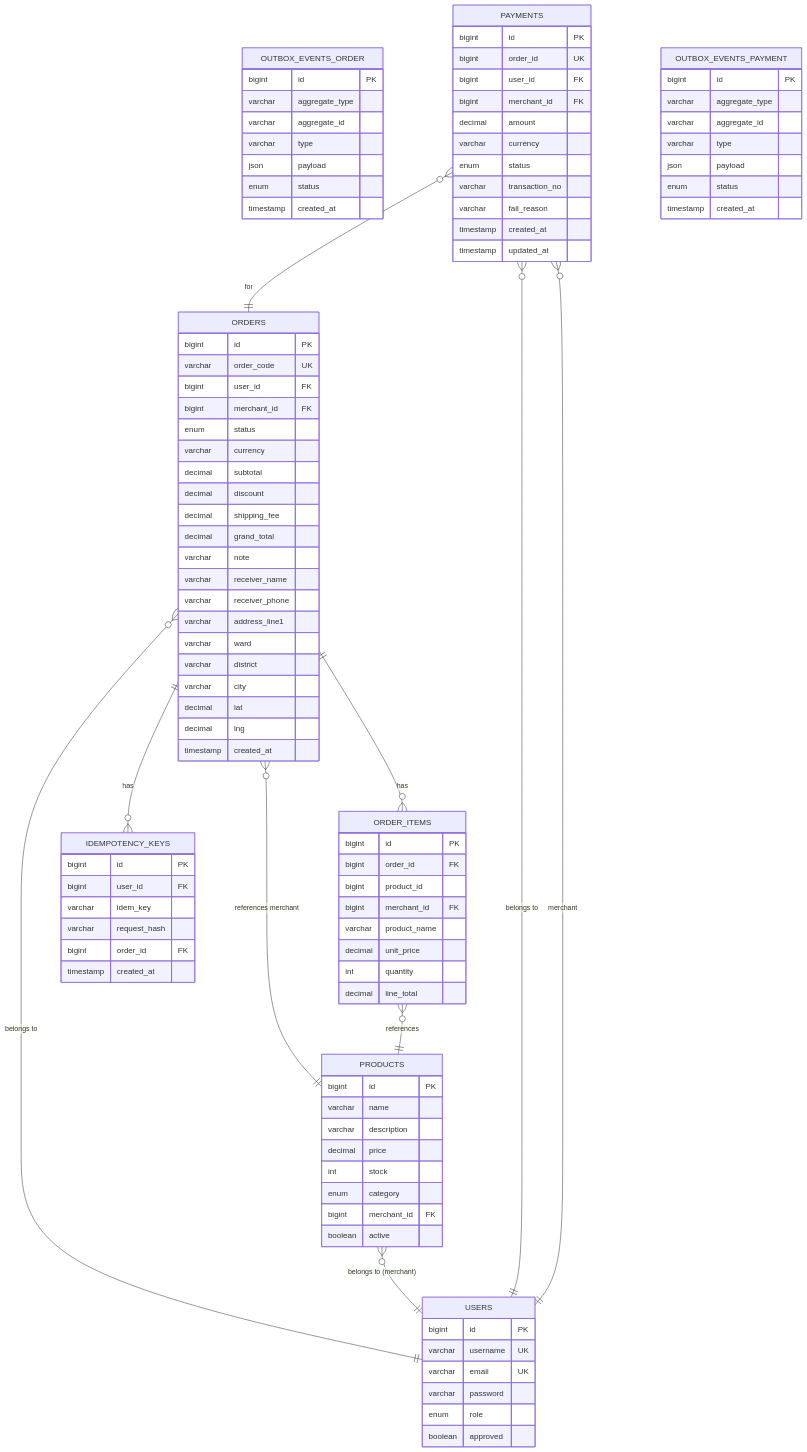
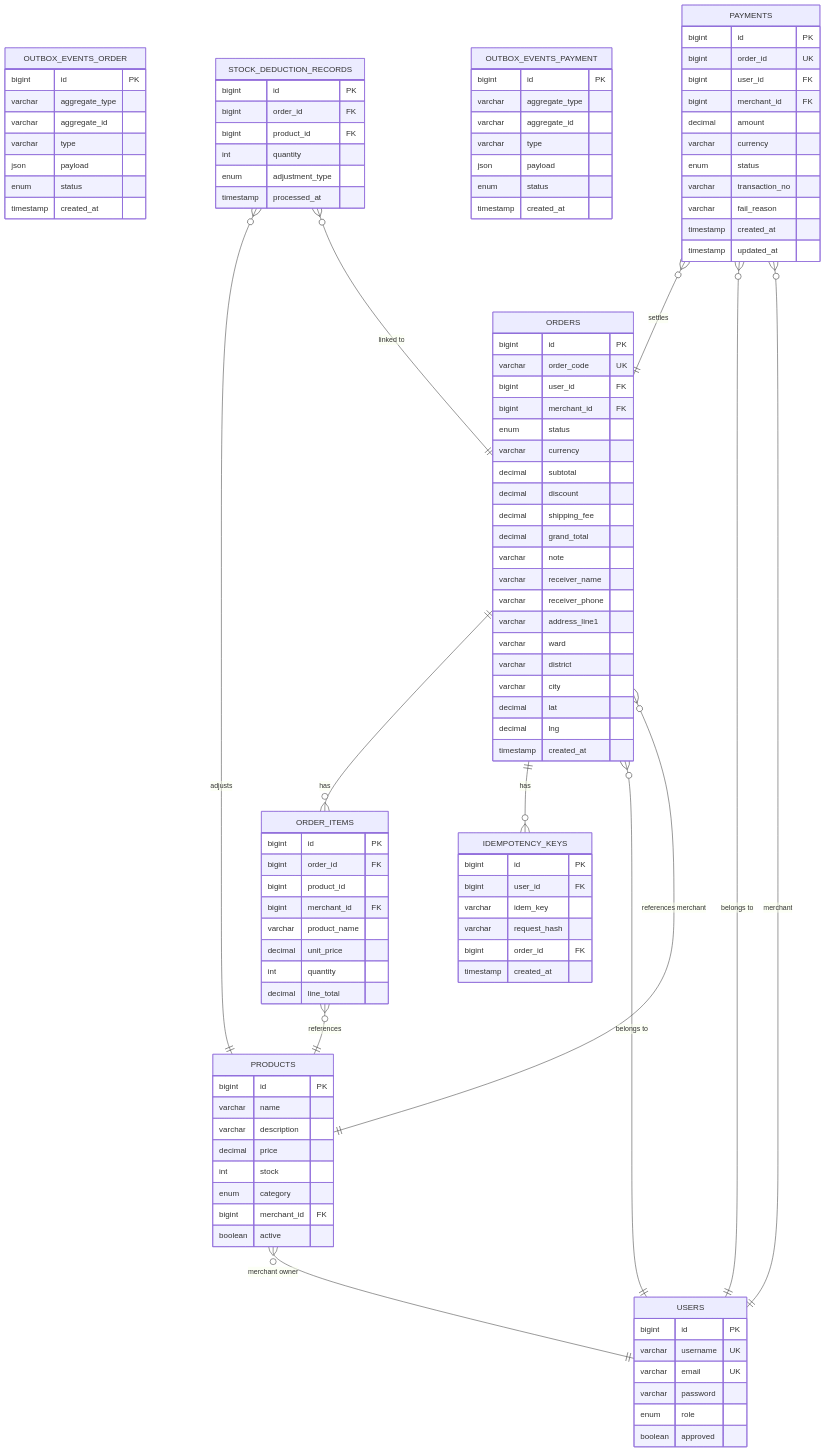
Before and after one commit to foodfast-delivery-microservice/FastfoodDelivery-microservice-monorepo: diagram 12 of 12 in docs/PRD.md, drawn with Mermaid. The commit also changed other lines of this file and 60 other files, not shown here.

````diff
--- a/docs/PRD.md
+++ b/docs/PRD.md
@@ -1516,6 +808,5 @@
 ```mermaid
 erDiagram
-    %% User Service Database
     USERS {
         bigint id PK
         varchar username UK
@@ -1525,7 +816,6 @@
         boolean approved
     }
 
-    %% Product Service Database
     PRODUCTS {
         bigint id PK
         varchar name
@@ -1537,7 +827,6 @@
         boolean active
     }
 
-    %% Order Service Database
     ORDERS {
         bigint id PK
         varchar order_code UK
@@ -1591,7 +880,6 @@
         timestamp created_at
     }
 
-    %% Payment Service Database
     PAYMENTS {
         bigint id PK
         bigint order_id UK
@@ -1616,14 +904,24 @@
         timestamp created_at
     }
 
-    %% Relationships
+    STOCK_DEDUCTION_RECORDS {
+        bigint id PK
+        bigint order_id FK
+        bigint product_id FK
+        int quantity
+        enum adjustment_type
+        timestamp processed_at
+    }
+
     ORDERS ||--o{ ORDER_ITEMS : "has"
     ORDERS ||--o{ IDEMPOTENCY_KEYS : "has"
     ORDERS }o--|| USERS : "belongs to"
     ORDERS }o--|| PRODUCTS : "references merchant"
     ORDER_ITEMS }o--|| PRODUCTS : "references"
-    PRODUCTS }o--|| USERS : "belongs to (merchant)"
-    PAYMENTS }o--|| ORDERS : "for"
+    PRODUCTS }o--|| USERS : "merchant owner"
+    PAYMENTS }o--|| ORDERS : "settles"
     PAYMENTS }o--|| USERS : "belongs to"
     PAYMENTS }o--|| USERS : "merchant"
+    STOCK_DEDUCTION_RECORDS }o--|| PRODUCTS : "adjusts"
+    STOCK_DEDUCTION_RECORDS }o--|| ORDERS : "linked to"
 ```
````
